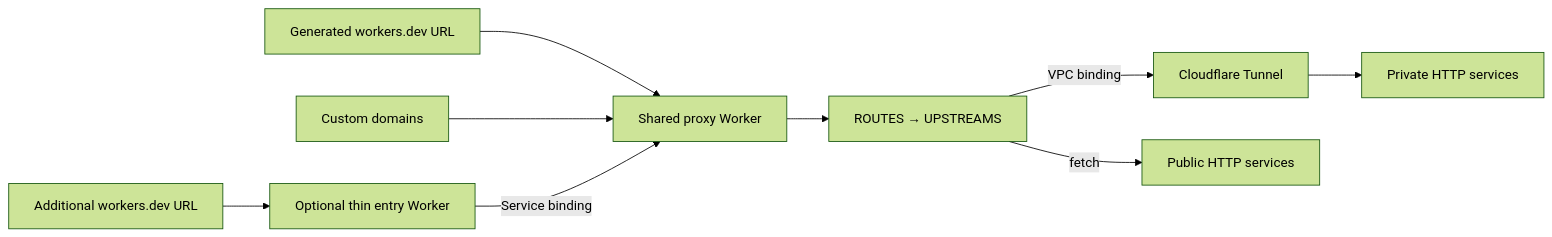
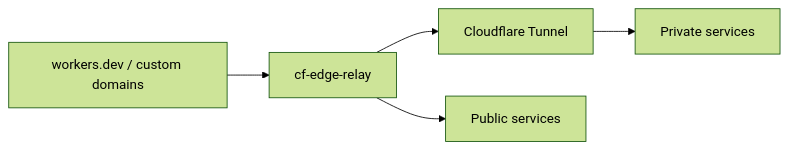
Before and after one commit to dreamhunter2333/cf-edge-relay: the diagram in README.md, drawn with Mermaid (forest theme). The commit also changed other lines of this file and 10 other files, not shown here.

````diff
--- a/README.md
+++ b/README.md
@@ -9,11 +7,6 @@
 ```mermaid
 flowchart LR
-  Auto["Generated workers.dev URL"] --> Proxy["Shared proxy Worker"]
-  Custom["Custom domains"] --> Proxy
-  Extra["Additional workers.dev URL"] --> Entry["Optional thin entry Worker"]
-  Entry -->|Service binding| Proxy
-  Proxy --> Rules["ROUTES → UPSTREAMS"]
-  Rules -->|VPC binding| Tunnel["Cloudflare Tunnel"]
-  Tunnel --> Private["Private HTTP services"]
-  Rules -->|fetch| Public["Public HTTP services"]
+  In["workers.dev / custom domains"] --> Proxy["cf-edge-relay"]
+  Proxy --> Tunnel["Cloudflare Tunnel"] --> Private["Private services"]
+  Proxy --> Public["Public services"]
 ```
````
